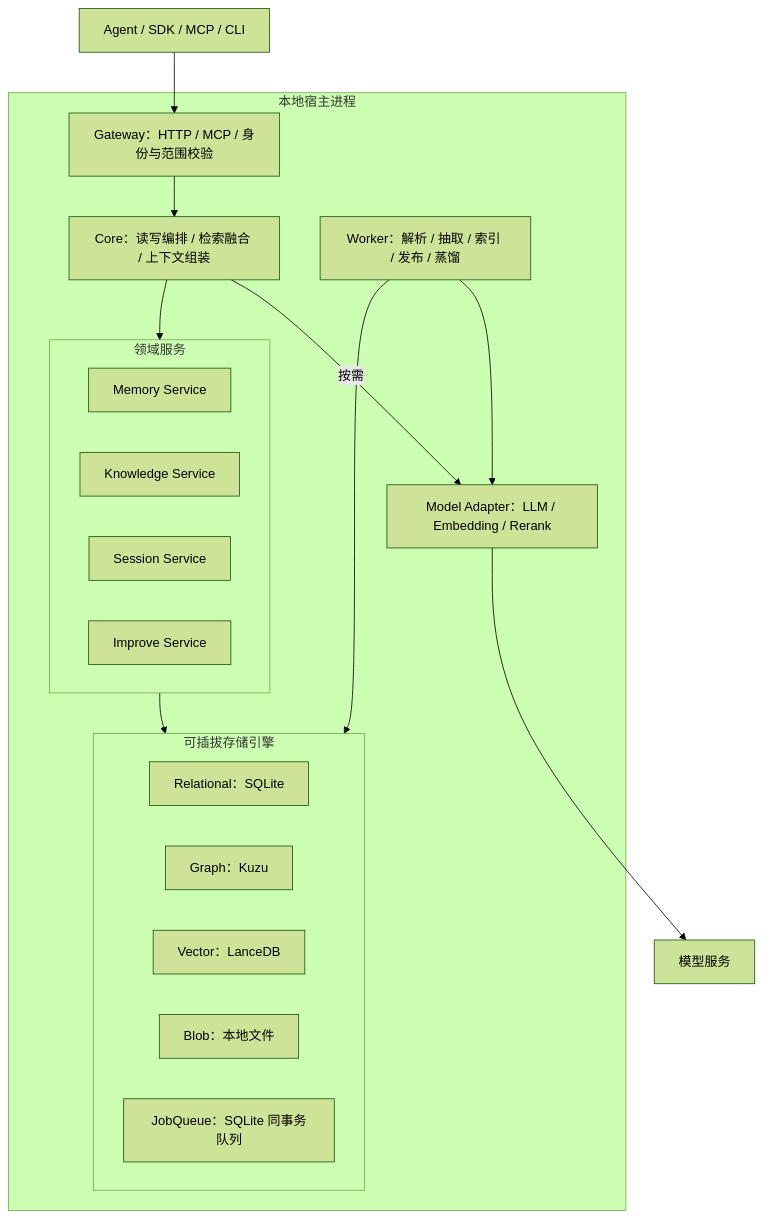
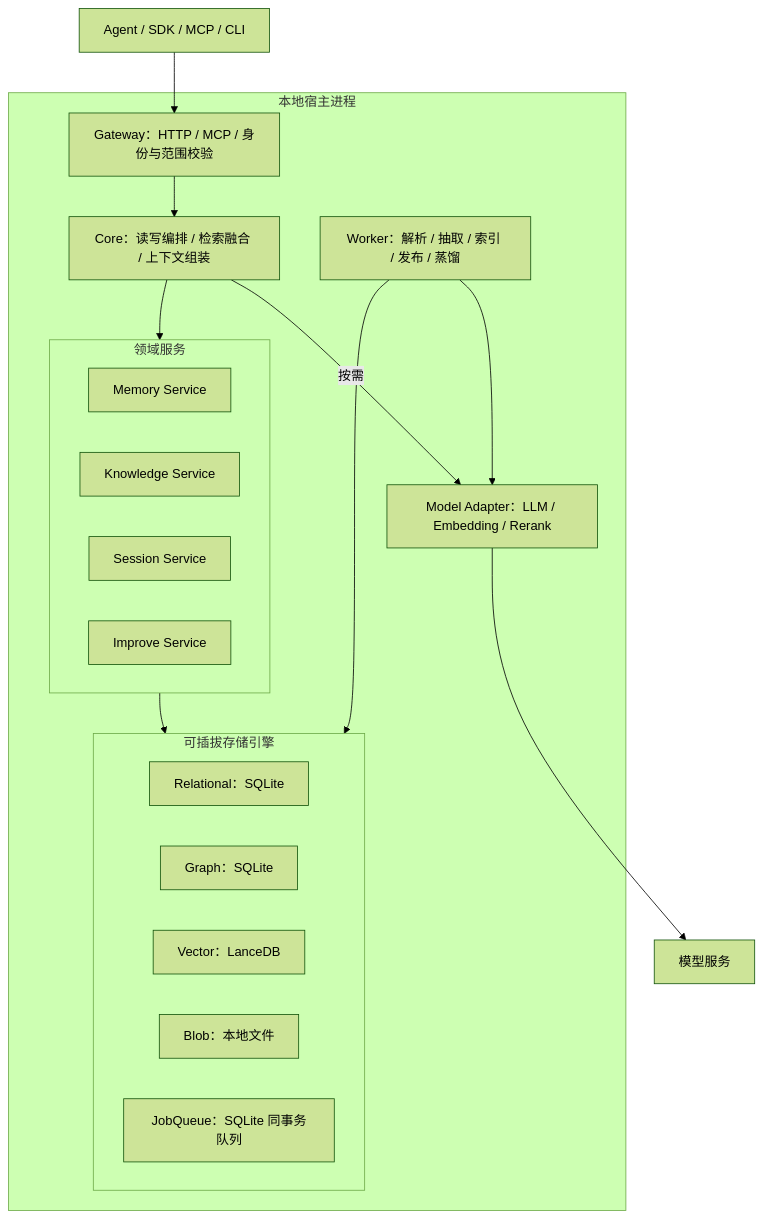
One commit to TheLudlows/Origence changed the diagram in docs/superpowers/specs/2026-09-22-memory-knowledge-platform-design.md. Above: the diagram before and after it, drawn with Mermaid (forest theme). The commit also changed other lines of this file and 37 other files, not shown here.

First line of the commit message:
refactor(storage): replace Kuzu entirely with SQLite graph

````diff
--- a/docs/superpowers/specs/2026-09-22-memory-knowledge-platform-design.md
+++ b/docs/superpowers/specs/2026-09-22-memory-knowledge-platform-design.md
@@ -70,33 +70,33 @@
 ```mermaid
 flowchart TB
     Agent[Agent / SDK / MCP / CLI]
     subgraph Host[本地宿主进程]
         Gateway[Gateway：HTTP / MCP / 身份与范围校验]
         Core[Core：读写编排 / 检索融合 / 上下文组装]
         subgraph Domain[领域服务]
             Memory[Memory Service]
             Knowledge[Knowledge Service]
             Session[Session Service]
             Improve[Improve Service]
         end
         subgraph Engine[可插拔存储引擎]
             Rel[Relational：SQLite]
-            Graph[Graph：Kuzu]
+            Graph[Graph：SQLite]
             Vec[Vector：LanceDB]
             Blob[Blob：本地文件]
             Queue[JobQueue：SQLite 同事务队列]
         end
         Worker[Worker：解析 / 抽取 / 索引 / 发布 / 蒸馏]
         Models[Model Adapter：LLM / Embedding / Rerank]
     end
     Providers[模型服务]
 
     Agent --> Gateway
     Gateway --> Core
     Core --> Domain
     Domain --> Engine
     Worker --> Engine
     Worker --> Models
     Core -->|按需| Models
     Models --> Providers
 ```
````
